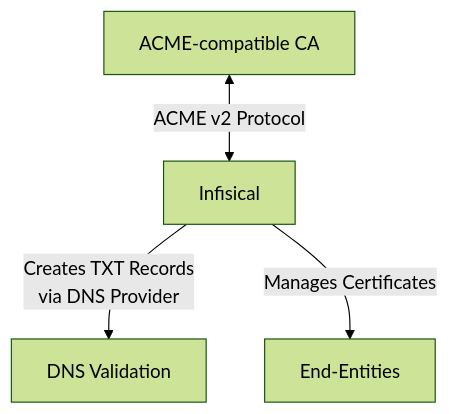
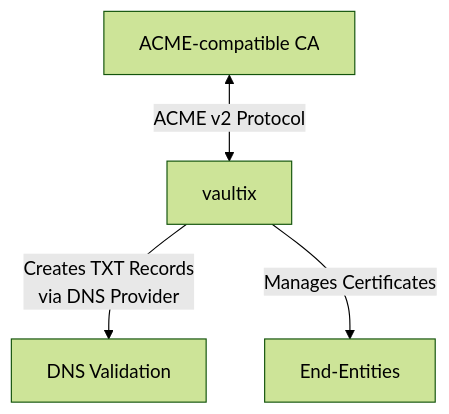
One commit to shippinAI/vaultix changed the diagram in core/docs/documentation/platform/pki/ca/acme-ca.mdx. Above: the diagram before and after it, drawn with Mermaid (forest theme). The commit also changed other lines of this file and 1202 other files, not shown here.

````diff
--- a/core/docs/documentation/platform/pki/ca/acme-ca.mdx
+++ b/core/docs/documentation/platform/pki/ca/acme-ca.mdx
@@ -27,6 +27,6 @@
 ```mermaid
 graph TD
-    A[ACME-compatible CA] <-->|ACME v2 Protocol| B[Infisical]
+    A[ACME-compatible CA] <-->|ACME v2 Protocol| B[vaultix]
     B -->|Creates TXT Records<br>via DNS Provider| C[DNS Validation]
     B -->|Manages Certificates| D[End-Entities]
 ```
````
